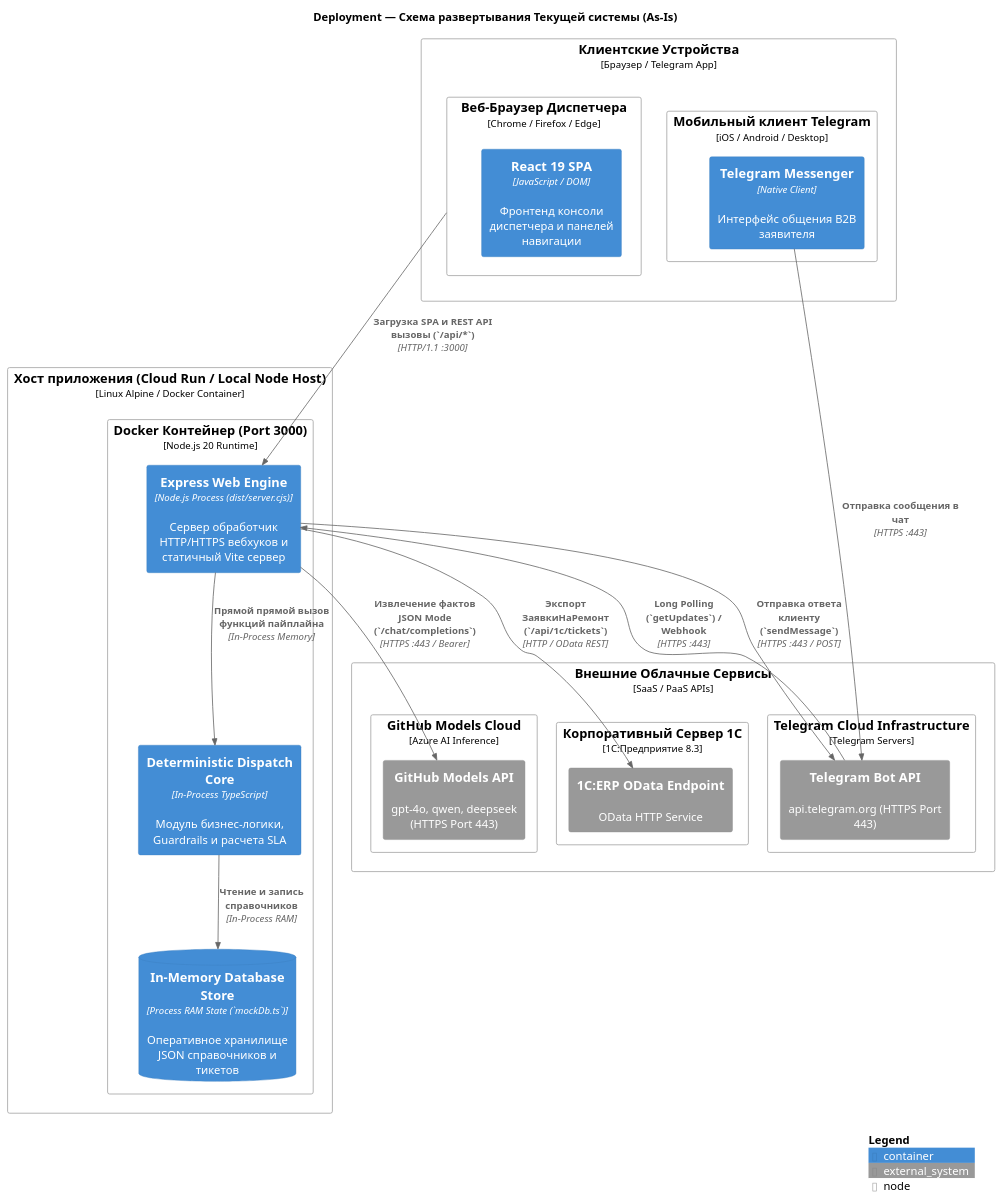
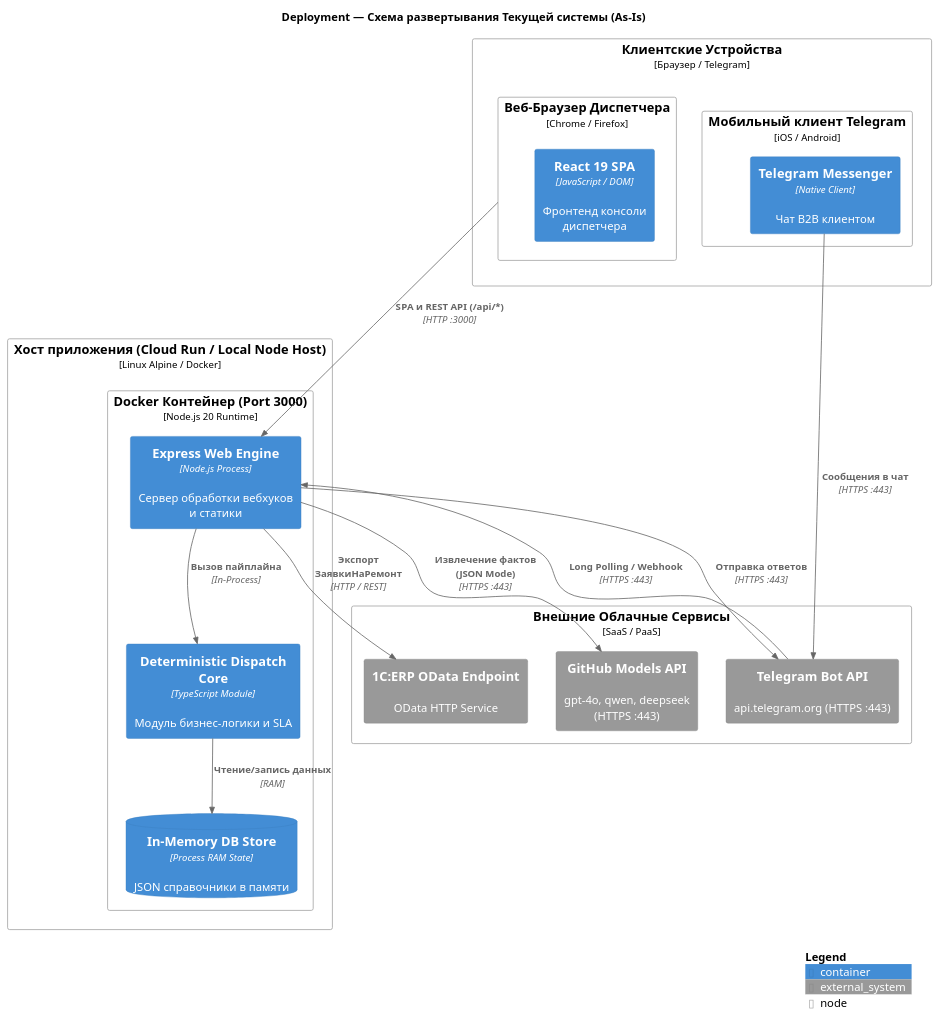
The diagram in architecture/current_as_is/diagrams/deployment_current.puml (ParallelNoMinded/Text2Business), drawn with PlantUML before and after one commit. The commit also changed 17 other files, not shown here.

```diff
--- a/architecture/current_as_is/diagrams/deployment_current.puml
+++ b/architecture/current_as_is/diagrams/deployment_current.puml
@@ -1,48 +1,40 @@
 @startuml deployment_current
-!include <C4/C4_Deployment>
+!include <C4/C4_Deployment.puml>
 LAYOUT_TOP_DOWN()
 
 title Deployment — Схема развертывания Текущей системы (As-Is)
 
-Deployment_Node(user_node, "Клиентские Устройства", "Браузер / Telegram App") {
-  Deployment_Node(browser, "Веб-Браузер Диспетчера", "Chrome / Firefox / Edge") {
-    Container(react_app, "React 19 SPA", "JavaScript / DOM", "Фронтенд консоли диспетчера и панелей навигации")
+Deployment_Node(user_node, "Клиентские Устройства", "Браузер / Telegram") {
+  Deployment_Node(browser, "Веб-Браузер Диспетчера", "Chrome / Firefox") {
+    Container(react_app, "React 19 SPA", "JavaScript / DOM", "Фронтенд консоли диспетчера")
   }
-  Deployment_Node(tg_mobile, "Мобильный клиент Telegram", "iOS / Android / Desktop") {
-    Container(tg_app, "Telegram Messenger", "Native Client", "Интерфейс общения B2B заявителя")
+  Deployment_Node(tg_mobile, "Мобильный клиент Telegram", "iOS / Android") {
+    Container(tg_app, "Telegram Messenger", "Native Client", "Чат B2B клиентом")
   }
 }
 
-Deployment_Node(cloud_host, "Хост приложения (Cloud Run / Local Node Host)", "Linux Alpine / Docker Container") {
+Deployment_Node(cloud_host, "Хост приложения (Cloud Run / Local Node Host)", "Linux Alpine / Docker") {
   Deployment_Node(docker_container, "Docker Контейнер (Port 3000)", "Node.js 20 Runtime") {
-    Container(express_process, "Express Web Engine", "Node.js Process (dist/server.cjs)", "Сервер обработчик HTTP/HTTPS вебхуков и статичный Vite сервер")
-    Container(engine_process, "Deterministic Dispatch Core", "In-Process TypeScript", "Модуль бизнес-логики, Guardrails и расчета SLA")
-    ContainerDb(ram_db, "In-Memory Database Store", "Process RAM State (`mockDb.ts`)", "Оперативное хранилище JSON справочников и тикетов")
+    Container(express_process, "Express Web Engine", "Node.js Process", "Сервер обработки вебхуков и статики")
+    Container(engine_process, "Deterministic Dispatch Core", "TypeScript Module", "Модуль бизнес-логики и SLA")
+    ContainerDb(ram_db, "In-Memory DB Store", "Process RAM State", "JSON справочники в памяти")
   }
 }
 
-Deployment_Node(ext_cloud, "Внешние Облачные Сервисы", "SaaS / PaaS APIs") {
-  Deployment_Node(github_cloud, "GitHub Models Cloud", "Azure AI Inference") {
-    System_Ext(github_api, "GitHub Models API", "gpt-4o, qwen, deepseek (HTTPS Port 443)")
-  }
-  Deployment_Node(telegram_cloud, "Telegram Cloud Infrastructure", "Telegram Servers") {
-    System_Ext(tg_bot_api, "Telegram Bot API", "api.telegram.org (HTTPS Port 443)")
-  }
-  Deployment_Node(enterprise_1c, "Корпоративный Сервер 1С", "1С:Предприятие 8.3") {
-    System_Ext(1c_odata, "1C:ERP OData Endpoint", "OData HTTP Service")
-  }
+Deployment_Node(ext_cloud, "Внешние Облачные Сервисы", "SaaS / PaaS") {
+  System_Ext(github_api, "GitHub Models API", "gpt-4o, qwen, deepseek (HTTPS :443)")
+  System_Ext(tg_bot_api, "Telegram Bot API", "api.telegram.org (HTTPS :443)")
+  System_Ext(1c_odata, "1C:ERP OData Endpoint", "OData HTTP Service")
 }
 
-Rel(browser, express_process, "Загрузка SPA и REST API вызовы (`/api/*`)", "HTTP/1.1 :3000")
-Rel(tg_app, tg_bot_api, "Отправка сообщения в чат", "HTTPS :443")
-Rel(tg_bot_api, express_process, "Long Polling (`getUpdates`) / Webhook", "HTTPS :443")
-
-Rel(express_process, engine_process, "Прямой прямой вызов функций пайплайна", "In-Process Memory")
-Rel(engine_process, ram_db, "Чтение и запись справочников", "In-Process RAM")
-
-Rel(express_process, github_api, "Извлечение фактов JSON Mode (`/chat/completions`)", "HTTPS :443 / Bearer")
-Rel(express_process, tg_bot_api, "Отправка ответа клиенту (`sendMessage`)", "HTTPS :443 / POST")
-Rel(express_process, 1c_odata, "Экспорт ЗаявкиНаРемонт (`/api/1c/tickets`)", "HTTP / OData REST")
+Rel(browser, express_process, "SPA и REST API (/api/*)", "HTTP :3000")
+Rel(tg_app, tg_bot_api, "Сообщения в чат", "HTTPS :443")
+Rel(tg_bot_api, express_process, "Long Polling / Webhook", "HTTPS :443")
+Rel(express_process, engine_process, "Вызов пайплайна", "In-Process")
+Rel(engine_process, ram_db, "Чтение/запись данных", "RAM")
+Rel(express_process, github_api, "Извлечение фактов (JSON Mode)", "HTTPS :443")
+Rel(express_process, tg_bot_api, "Отправка ответов", "HTTPS :443")
+Rel(express_process, 1c_odata, "Экспорт ЗаявкиНаРемонт", "HTTP / REST")
 
 SHOW_LEGEND()
 @enduml
```
